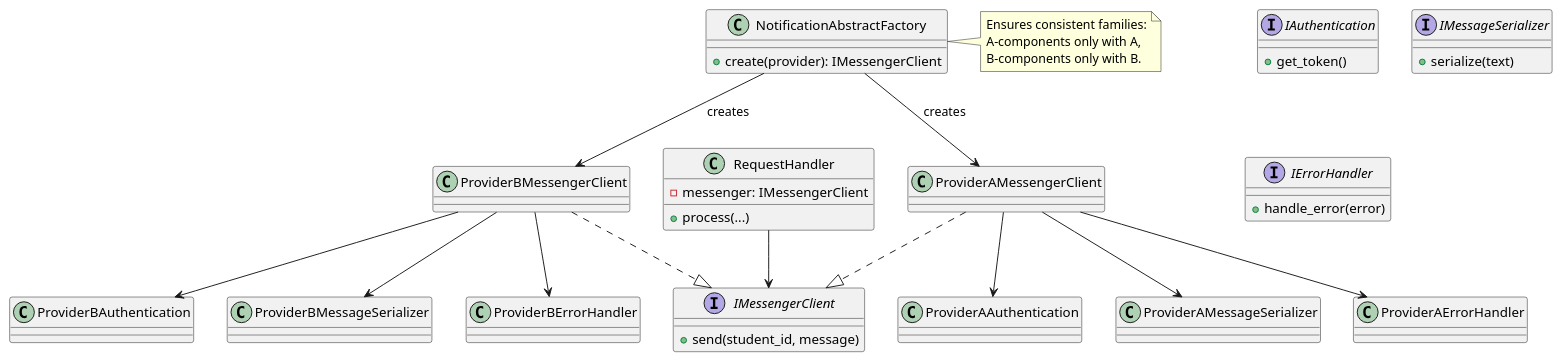
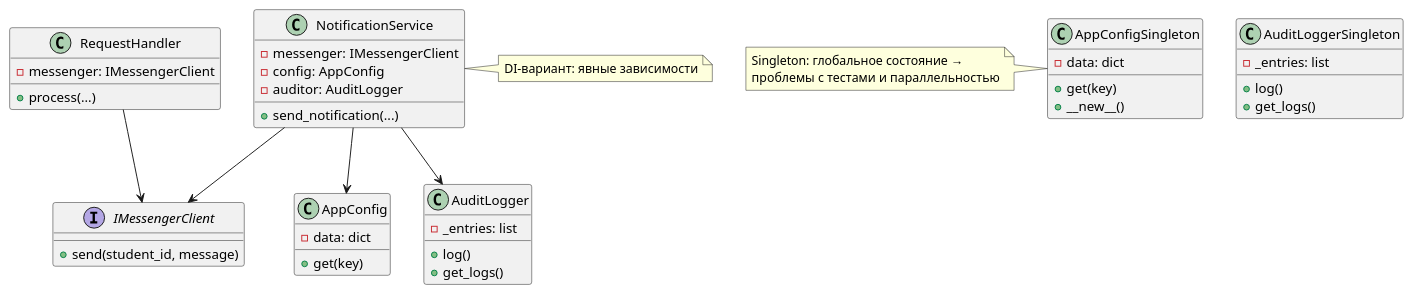
One commit to Alexandr2106/student-support-refactor changed the diagram in student-support-refactor-main/diagrams/target_design.puml. Above: the diagram before and after it, drawn with PlantUML.

```diff
--- a/student-support-refactor-main/diagrams/target_design.puml
+++ b/student-support-refactor-main/diagrams/target_design.puml
@@ -1,57 +1,58 @@
 @startuml
+' === Существующая часть (сокращена) ===
 interface IMessengerClient {
     +send(student_id, message)
-}
-
-interface IAuthentication {
-    +get_token()
-}
-
-interface IMessageSerializer {
-    +serialize(text)
-}
-
-interface IErrorHandler {
-    +handle_error(error)
-}
-
-class ProviderAMessengerClient
-class ProviderAAuthentication
-class ProviderAMessageSerializer
-class ProviderAErrorHandler
-
-class ProviderBMessengerClient
-class ProviderBAuthentication
-class ProviderBMessageSerializer
-class ProviderBErrorHandler
-
-class NotificationAbstractFactory {
-    +create(provider): IMessengerClient
 }
 
 class RequestHandler {
     -messenger: IMessengerClient
     +process(...)
 }
 
 RequestHandler --> IMessengerClient
 
-ProviderAMessengerClient ..|> IMessengerClient
-ProviderAMessengerClient --> ProviderAAuthentication
-ProviderAMessengerClient --> ProviderAMessageSerializer
-ProviderAMessengerClient --> ProviderAErrorHandler
+' === Новые компоненты ===
+class AppConfigSingleton {
+  - data: dict
+  + get(key)
+  + __new__()
+}
 
-ProviderBMessengerClient ..|> IMessengerClient
-ProviderBMessengerClient --> ProviderBAuthentication
-ProviderBMessengerClient --> ProviderBMessageSerializer
-ProviderBMessengerClient --> ProviderBErrorHandler
+class AppConfig {
+  - data: dict
+  + get(key)
+}
 
-NotificationAbstractFactory --> ProviderAMessengerClient : creates
-NotificationAbstractFactory --> ProviderBMessengerClient : creates
+class AuditLoggerSingleton {
+  - _entries: list
+  + log()
+  + get_logs()
+}
 
-note right of NotificationAbstractFactory
-  Ensures consistent families:
-  A-components only with A,
-  B-components only with B.
+class AuditLogger {
+  - _entries: list
+  + log()
+  + get_logs()
+}
+
+class NotificationService {
+  - messenger: IMessengerClient
+  - config: AppConfig
+  - auditor: AuditLogger
+  + send_notification(...)
+}
+
+NotificationService --> IMessengerClient
+NotificationService --> AppConfig
+NotificationService --> AuditLogger
+
+note right of NotificationService
+  DI-вариант: явные зависимости
 end note
+
+note left of AppConfigSingleton
+  Singleton: глобальное состояние → 
+  проблемы с тестами и параллельностью
+end note
+
 @enduml
```
